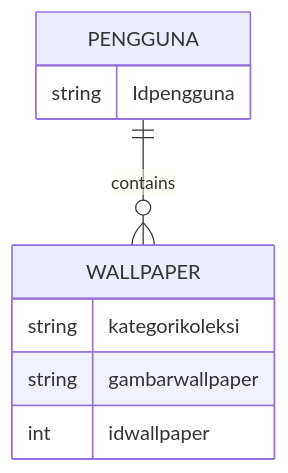
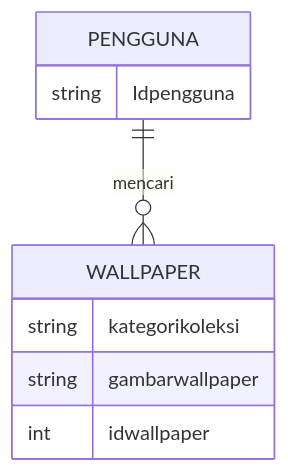
Before and after one commit to Naisilazia04/charmingweb: the first of 2 diagrams in README.md, drawn with Mermaid.

````diff
--- a/README.md
+++ b/README.md
@@ -65,13 +65,13 @@
 ```mermaid
 erDiagram
-    PENGGUNA ||--o{ WALLPAPER : contains
+    PENGGUNA ||--o{ WALLPAPER : mencari
     PENGGUNA {
         string Idpengguna
     }
     WALLPAPER {
         string kategorikoleksi
         string gambarwallpaper
         int idwallpaper
          }
 
 ```        
````
